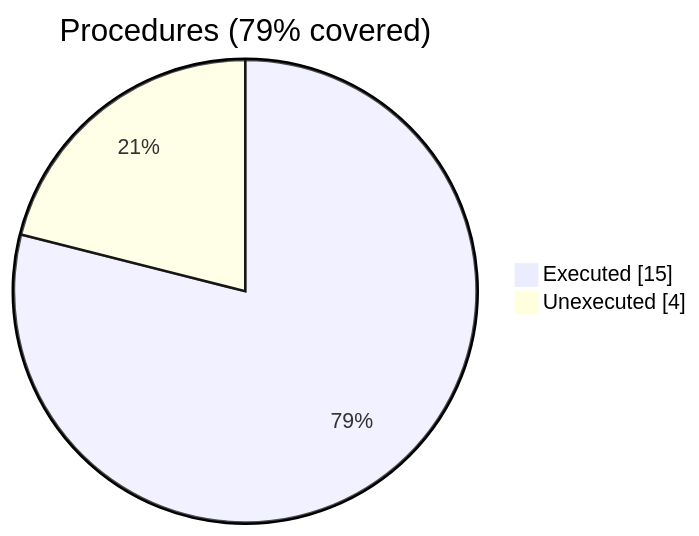
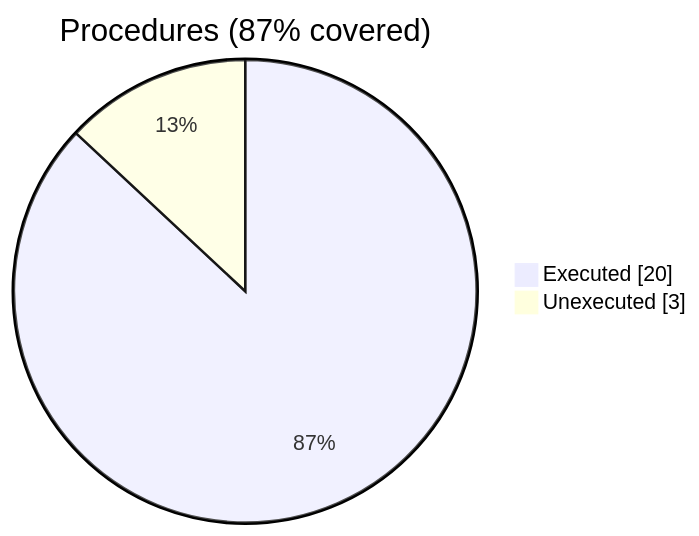
The second of 2 diagrams in docs/guide/finer_option_t.F90.gcov.md (szaghi/FiNeR), drawn with Mermaid before and after one commit. The commit also changed other lines of this file and 10 other files, not shown here.

````diff
--- a/docs/guide/finer_option_t.F90.gcov.md
+++ b/docs/guide/finer_option_t.F90.gcov.md
@@ -24,6 +24,6 @@
 ```mermaid
 pie showData
-    title Procedures (79% covered)
-    "Executed" : 15
-    "Unexecuted" : 4
+    title Procedures (87% covered)
+    "Executed" : 20
+    "Unexecuted" : 3
 ```
````
